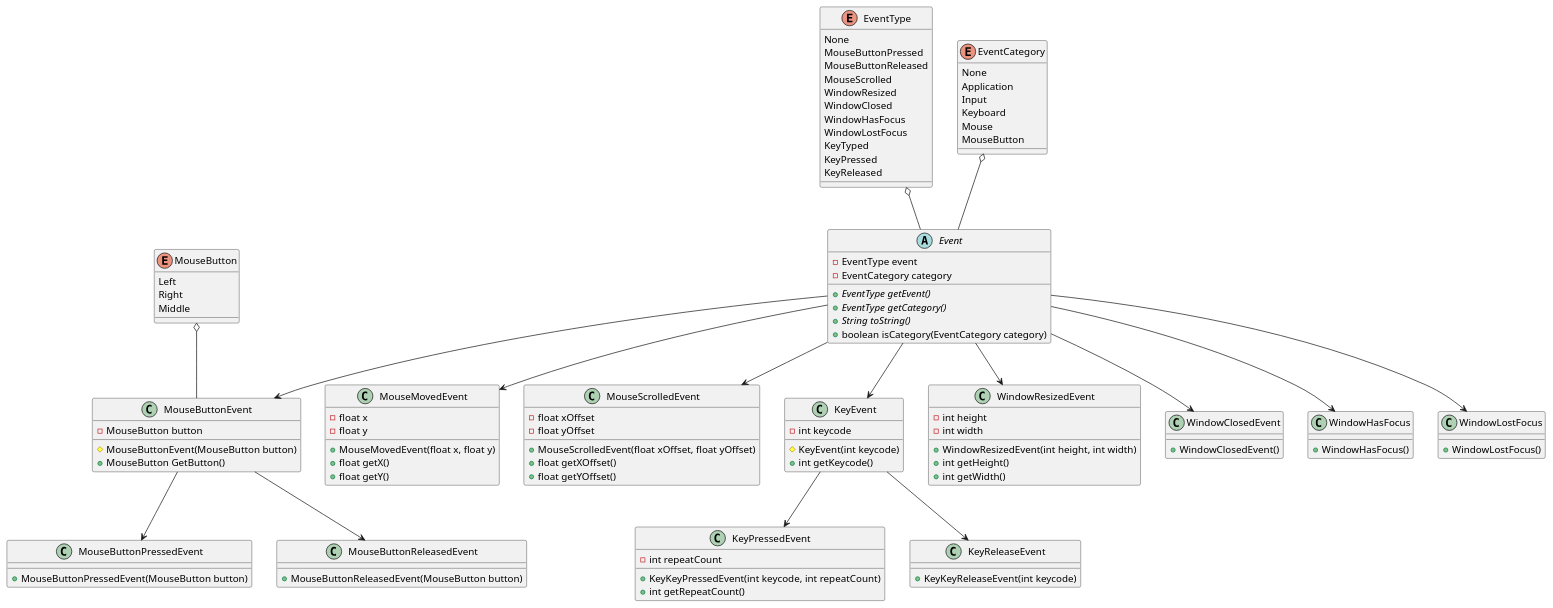
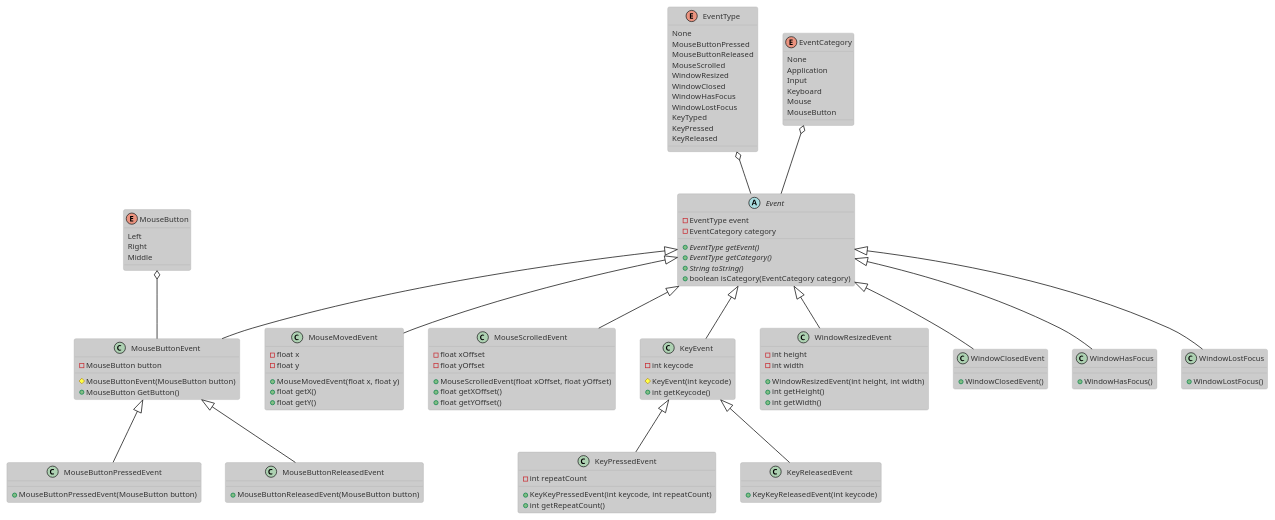
The diagram in docs/src/diagrams/event_system.puml (dani3/bit-of-sharp-practice), drawn with PlantUML before and after one commit. The commit also changed 13 other files, not shown here.

Commit message:
Fixed vscode workspace and updated diagrams

```diff
--- a/docs/src/diagrams/event_system.puml
+++ b/docs/src/diagrams/event_system.puml
@@ -1,124 +1,112 @@
 @startuml
+
+!theme reddress-lightorange
+
 enum EventType {
     None
     MouseButtonPressed
     MouseButtonReleased
     MouseScrolled
     WindowResized
     WindowClosed
     WindowHasFocus
     WindowLostFocus
     KeyTyped
     KeyPressed
     KeyReleased
 }
 
 enum EventCategory {
     None
     Application
     Input
     Keyboard
     Mouse
     MouseButton
 }
 
 abstract class Event {
     - EventType event
     - EventCategory category
     {abstract} + EventType getEvent()
     {abstract} + EventType getCategory()
     {abstract} + String toString()
     + boolean isCategory(EventCategory category)
 }
 
 enum MouseButton {
     Left
     Right
     Middle
 }
 
-class MouseButtonEvent {
+class MouseButtonEvent extends Event {
     - MouseButton button
     # MouseButtonEvent(MouseButton button)
     + MouseButton GetButton()
 }
 
-class MouseButtonPressedEvent {
+class MouseButtonPressedEvent extends MouseButtonEvent {
     + MouseButtonPressedEvent(MouseButton button)
 }
 
-class MouseButtonReleasedEvent {
+class MouseButtonReleasedEvent extends MouseButtonEvent {
     + MouseButtonReleasedEvent(MouseButton button)
 }
 
-class MouseMovedEvent {
+class MouseMovedEvent extends Event {
     - float x
     - float y
     + MouseMovedEvent(float x, float y)
     + float getX()
     + float getY()
 }
 
-class MouseScrolledEvent {
+class MouseScrolledEvent extends Event {
     - float xOffset
     - float yOffset
     + MouseScrolledEvent(float xOffset, float yOffset)
     + float getXOffset()
     + float getYOffset()
 }
 
-class KeyEvent {
+class KeyEvent extends Event {
     - int keycode
     # KeyEvent(int keycode)
     + int getKeycode()
 }
 
-class KeyPressedEvent {
+class KeyPressedEvent extends KeyEvent {
     - int repeatCount
     + KeyKeyPressedEvent(int keycode, int repeatCount)
     + int getRepeatCount()
 }
 
-class KeyReleaseEvent {
-    + KeyKeyReleaseEvent(int keycode)
+class KeyReleasedEvent extends KeyEvent {
+    + KeyKeyReleasedEvent(int keycode)
 }
 
-class WindowResizedEvent {
+class WindowResizedEvent extends Event {
     - int height
     - int width
     + WindowResizedEvent(int height, int width)
     + int getHeight()
     + int getWidth()
 }
-class WindowClosedEvent {
+class WindowClosedEvent extends Event {
     + WindowClosedEvent()
 }
 
-class WindowHasFocus {
+class WindowHasFocus extends Event {
     + WindowHasFocus()
 }
 
-class WindowLostFocus {
+class WindowLostFocus extends Event {
     + WindowLostFocus()
 }
 
 EventType o-- Event
 EventCategory o-- Event
 MouseButton o-- MouseButtonEvent
 
-MouseButtonEvent --> MouseButtonPressedEvent
-MouseButtonEvent --> MouseButtonReleasedEvent
-
-KeyEvent --> KeyPressedEvent
-KeyEvent --> KeyReleaseEvent
-
-Event --> MouseButtonEvent
-Event --> MouseMovedEvent
-Event --> MouseScrolledEvent
-Event --> KeyEvent
-Event --> WindowResizedEvent
-Event --> WindowClosedEvent
-Event --> WindowHasFocus
-Event --> WindowLostFocus
-
 @enduml
```
